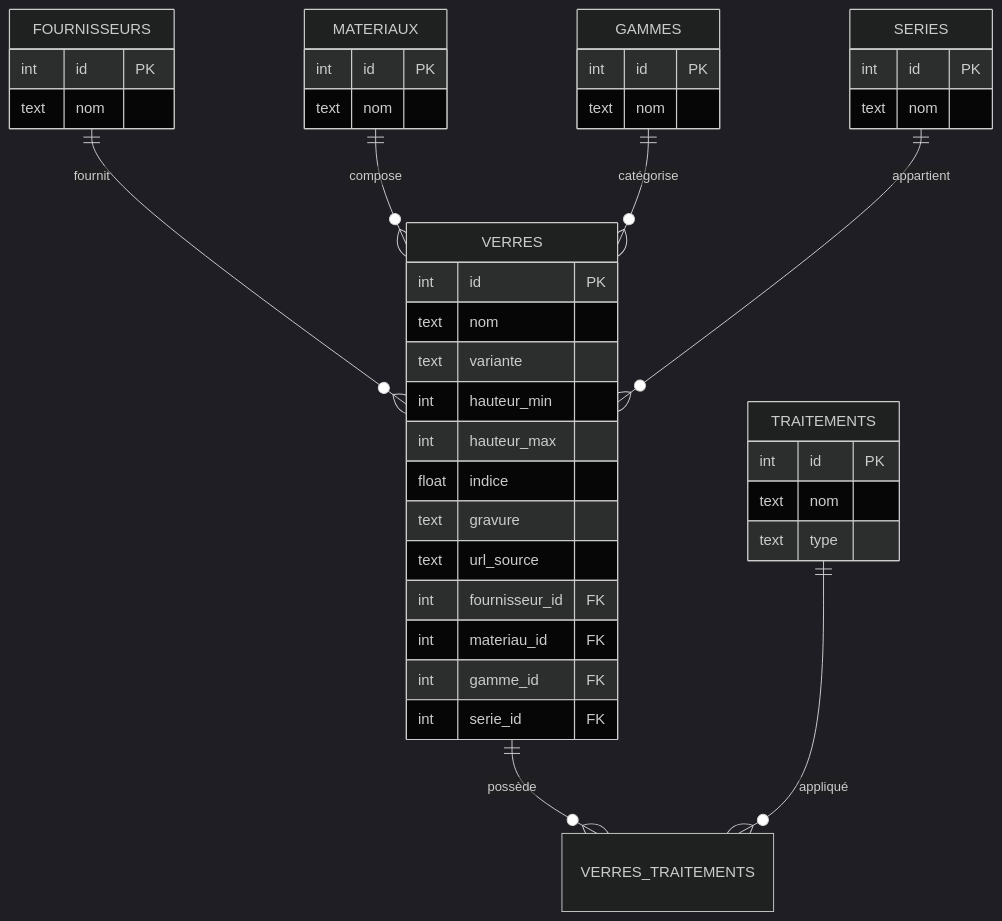
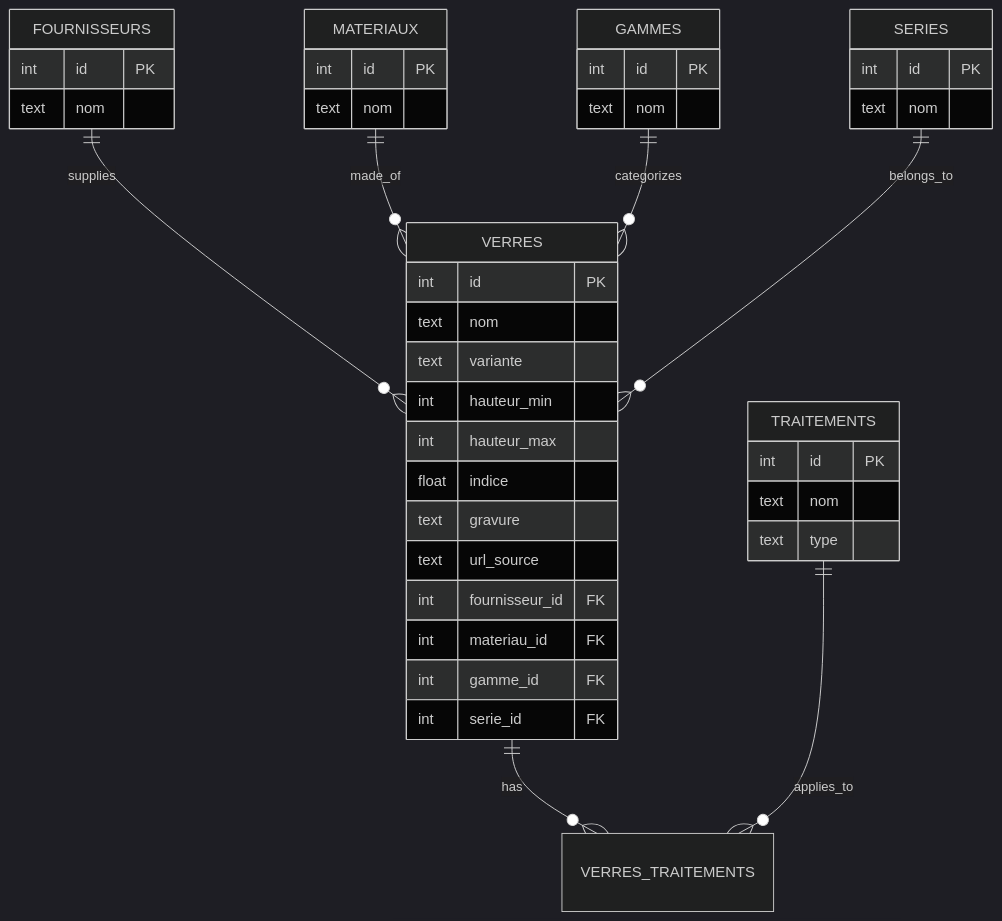
One commit to AntoineMLD/certification_DevIA changed the fourth of 4 diagrams in README.md. Above: the diagram before and after it, drawn with Mermaid (dark theme).

Commit message:
correction readme

````diff
--- a/README.md
+++ b/README.md
@@ -65,44 +65,44 @@
 ```mermaid
 erDiagram
-    VERRES ||--o{ VERRES_TRAITEMENTS : possède
+    VERRES ||--o{ VERRES_TRAITEMENTS : has
     VERRES {
         int id PK
         text nom
         text variante
         int hauteur_min
         int hauteur_max
         float indice
         text gravure
         text url_source
         int fournisseur_id FK
         int materiau_id FK
         int gamme_id FK
         int serie_id FK
     }
-    TRAITEMENTS ||--o{ VERRES_TRAITEMENTS : appliqué
+    TRAITEMENTS ||--o{ VERRES_TRAITEMENTS : applies_to
     TRAITEMENTS {
         int id PK
         text nom
         text type
     }
-    FOURNISSEURS ||--o{ VERRES : fournit
+    FOURNISSEURS ||--o{ VERRES : supplies
     FOURNISSEURS {
         int id PK
         text nom
     }
-    MATERIAUX ||--o{ VERRES : compose
+    MATERIAUX ||--o{ VERRES : made_of
     MATERIAUX {
         int id PK
         text nom
     }
-    GAMMES ||--o{ VERRES : catégorise
+    GAMMES ||--o{ VERRES : categorizes
     GAMMES {
         int id PK
         text nom
     }
-    SERIES ||--o{ VERRES : appartient
+    SERIES ||--o{ VERRES : belongs_to
     SERIES {
         int id PK
         text nom
     }
 ```
````
